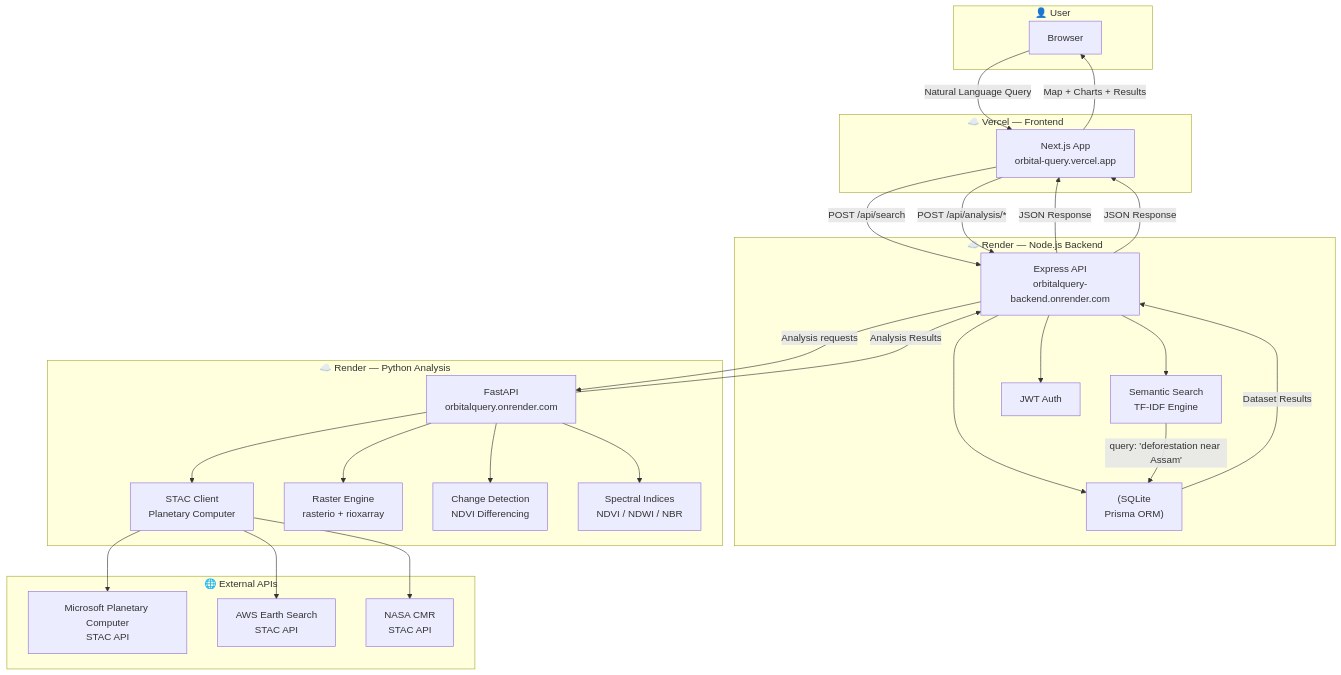
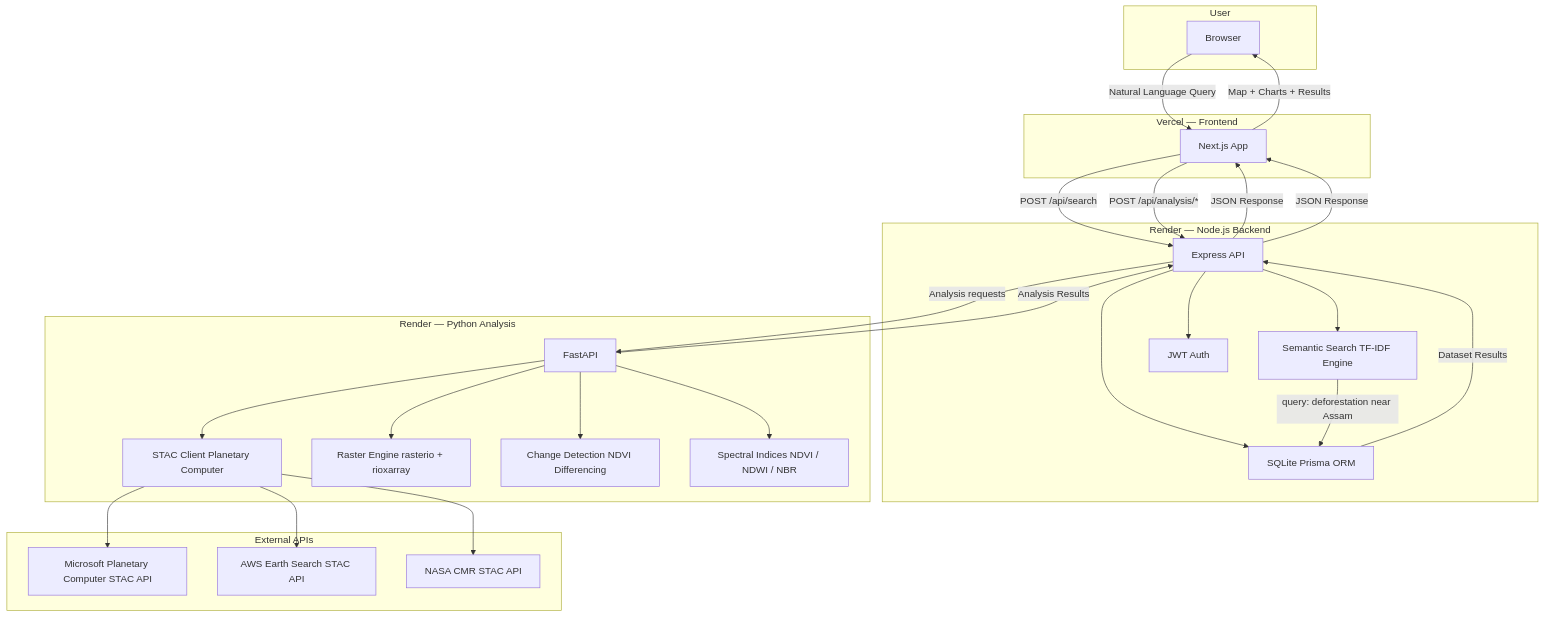
Before and after one commit to saatvikraghuvanshi-lab/OrbitalQuery: the first of 4 diagrams in README.md, drawn with Mermaid. The commit also changed other lines of this file, not shown here.

First line of the commit message:
Restructure README with professional information architecture

````diff
--- a/README.md
+++ b/README.md
@@ -427,57 +498,57 @@
 ```mermaid
 graph TB
-    subgraph User["👤 User"]
+    subgraph User["User"]
         U[Browser]
     end
 
-    subgraph Vercel["☁️ Vercel — Frontend"]
-        FE["Next.js App<br/>orbital-query.vercel.app"]
+    subgraph Vercel["Vercel — Frontend"]
+        FE["Next.js App"]
     end
 
-    subgraph Render_BE["☁️ Render — Node.js Backend"]
-        API["Express API<br/>orbitalquery-backend.onrender.com"]
-        SEARCH["Semantic Search<br/>TF-IDF Engine"]
+    subgraph Render_BE["Render — Node.js Backend"]
+        API["Express API"]
+        SEARCH["Semantic Search TF-IDF Engine"]
         AUTH["JWT Auth"]
-        DB["(SQLite<br/>Prisma ORM)"]
+        DB["SQLite Prisma ORM"]
     end
 
-    subgraph Render_PY["☁️ Render — Python Analysis"]
-        PY["FastAPI<br/>orbitalquery.onrender.com"]
-        STAC["STAC Client<br/>Planetary Computer"]
-        RASTER["Raster Engine<br/>rasterio + rioxarray"]
-        CHANGE["Change Detection<br/>NDVI Differencing"]
-        SPECTRAL["Spectral Indices<br/>NDVI / NDWI / NBR"]
+    subgraph Render_PY["Render — Python Analysis"]
+        PY["FastAPI"]
+        STAC["STAC Client Planetary Computer"]
+        RASTER["Raster Engine rasterio + rioxarray"]
+        CHANGE["Change Detection NDVI Differencing"]
+        SPECTRAL["Spectral Indices NDVI / NDWI / NBR"]
     end
 
-    subgraph External["🌐 External APIs"]
-        PC["Microsoft Planetary Computer<br/>STAC API"]
-        AWS["AWS Earth Search<br/>STAC API"]
-        NASA["NASA CMR<br/>STAC API"]
+    subgraph External["External APIs"]
+        PC["Microsoft Planetary Computer STAC API"]
+        AWS["AWS Earth Search STAC API"]
+        NASA["NASA CMR STAC API"]
     end
 
-    U -->|Natural Language Query| FE
-    FE -->|POST /api/search| API
-    FE -->|POST /api/analysis/*| API
+    U -->|"Natural Language Query"| FE
+    FE -->|"POST /api/search"| API
+    FE -->|"POST /api/analysis/*"| API
 
     API --> SEARCH
     API --> AUTH
     API --> DB
 
-    SEARCH -->|"query: 'deforestation near Assam'"| DB
-    DB -->|Dataset Results| API
-    API -->|JSON Response| FE
+    SEARCH -->|"query: deforestation near Assam"| DB
+    DB -->|"Dataset Results"| API
+    API -->|"JSON Response"| FE
 
     API -->|"Analysis requests"| PY
     PY --> STAC
     PY --> RASTER
     PY --> CHANGE
     PY --> SPECTRAL
 
     STAC --> PC
     STAC --> AWS
     STAC --> NASA
 
     PY -->|"Analysis Results"| API
-    API -->|JSON Response| FE
-    FE -->|Map + Charts + Results| U
+    API -->|"JSON Response"| FE
+    FE -->|"Map + Charts + Results"| U
 ```
````
